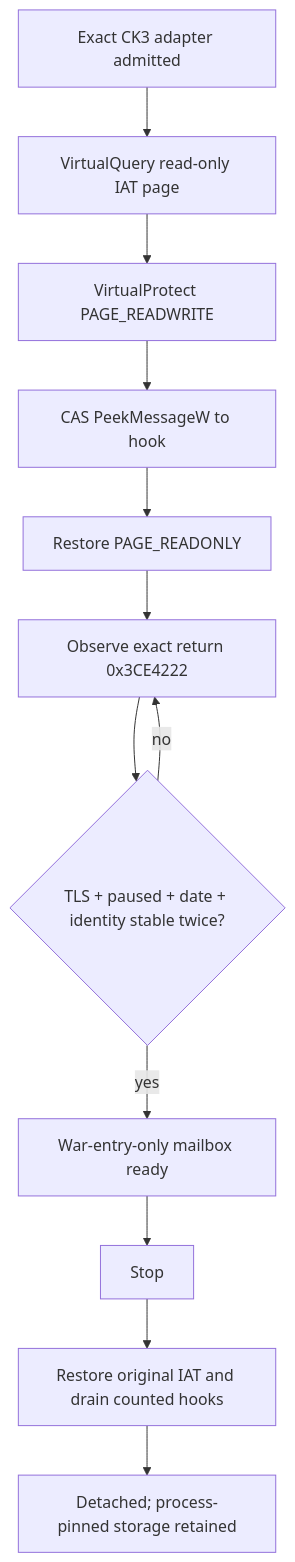
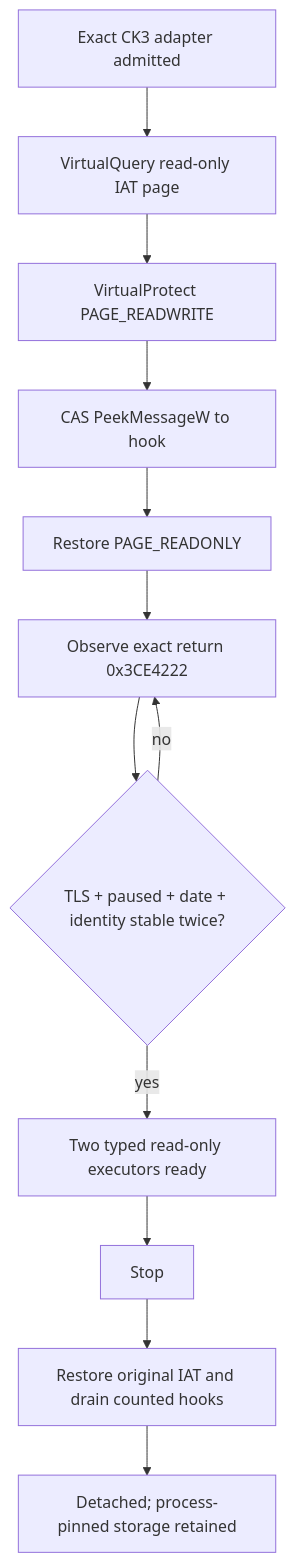
One commit to XenoAmess/ck3_eternal_recurrence changed the first of 2 diagrams in docs/ck3-native-ai/main-thread-query-mailbox.md. Above: the diagram before and after it, drawn with Mermaid. The commit also changed other lines of this file and 26 other files, not shown here.

````diff
--- a/docs/ck3-native-ai/main-thread-query-mailbox.md
+++ b/docs/ck3-native-ai/main-thread-query-mailbox.md
@@ -68,14 +73,14 @@
 ```mermaid
 flowchart TD
     A[Exact CK3 adapter admitted] --> B[VirtualQuery read-only IAT page]
     B --> C[VirtualProtect PAGE_READWRITE]
     C --> D[CAS PeekMessageW to hook]
     D --> E[Restore PAGE_READONLY]
     E --> F[Observe exact return 0x3CE4222]
     F --> G{TLS + paused + date + identity stable twice?}
     G -- no --> F
-    G -- yes --> H[War-entry-only mailbox ready]
+    G -- yes --> H[Two typed read-only executors ready]
     H --> I[Stop]
     I --> J[Restore original IAT and drain counted hooks]
     J --> K[Detached; process-pinned storage retained]
 ```
````
